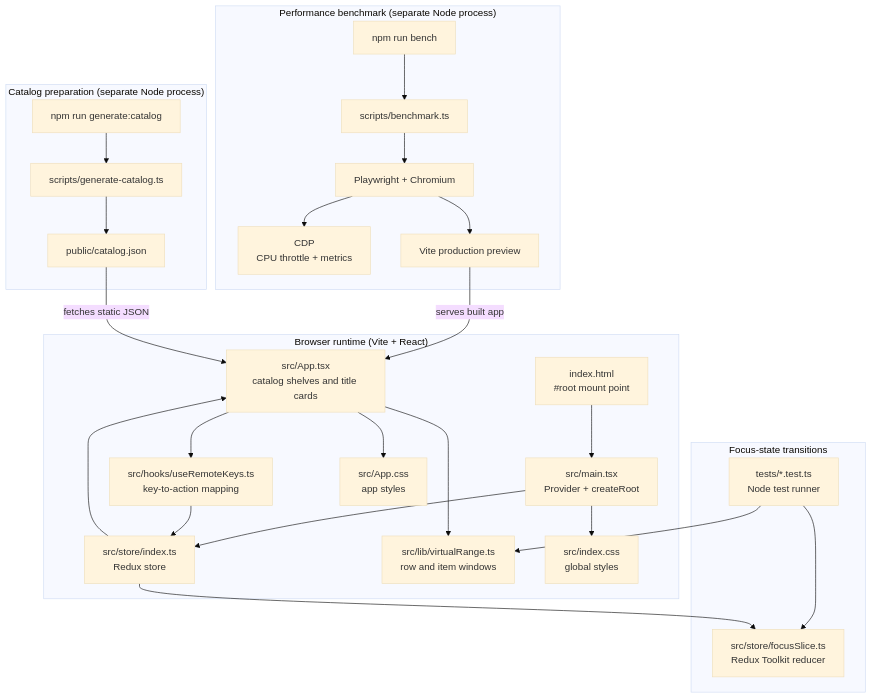
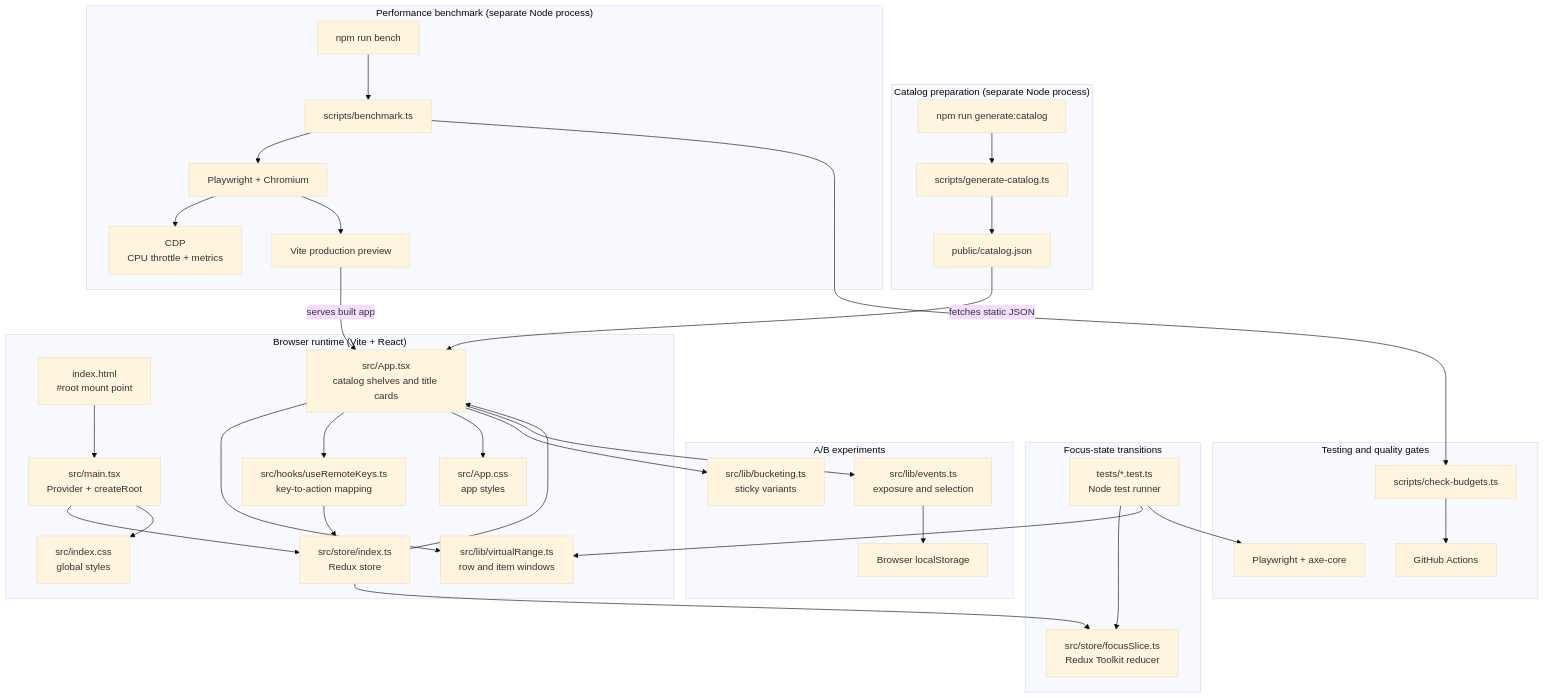
The diagram in docs/architecture.md (sumitjangid/TV-UI-Perf-Lab), drawn with Mermaid (base theme) before and after one commit. The commit also changed other lines of this file and 9 other files, not shown here.

````diff
--- a/docs/architecture.md
+++ b/docs/architecture.md
@@ -16,34 +16,46 @@
 ```mermaid
 flowchart TB
   subgraph catalog["Catalog preparation (separate Node process)"]
     command["npm run generate:catalog"] --> generator["scripts/generate-catalog.ts"]
     generator --> data["public/catalog.json"]
   end
 
   subgraph browser["Browser runtime (Vite + React)"]
     html["index.html<br/>#root mount point"] --> entry["src/main.tsx<br/>Provider + createRoot"]
     entry --> store["src/store/index.ts<br/>Redux store"]
     store --> app["src/App.tsx<br/>catalog shelves and title cards"]
     app --> ranges["src/lib/virtualRange.ts<br/>row and item windows"]
     app --> keys["src/hooks/useRemoteKeys.ts<br/>key-to-action mapping"]
     keys --> store
     entry --> globalStyles["src/index.css<br/>global styles"]
     app --> appStyles["src/App.css<br/>app styles"]
   end
 
   subgraph focusModel["Focus-state transitions"]
     tests["tests/*.test.ts<br/>Node test runner"] --> reducer["src/store/focusSlice.ts<br/>Redux Toolkit reducer"]
     tests --> ranges
     store --> reducer
   end
 
   subgraph benchmark["Performance benchmark (separate Node process)"]
     benchCommand["npm run bench"] --> benchScript["scripts/benchmark.ts"]
     benchScript --> playwright["Playwright + Chromium"]
     playwright --> cdp["CDP<br/>CPU throttle + metrics"]
     playwright --> preview["Vite production preview"]
   end
 
+  subgraph experiments["A/B experiments"]
+    app --> bucketing["src/lib/bucketing.ts<br/>sticky variants"]
+    app --> events["src/lib/events.ts<br/>exposure and selection"]
+    events --> localStorage["Browser localStorage"]
+  end
+
+  subgraph quality["Testing and quality gates"]
+    tests --> axe["Playwright + axe-core"]
+    benchScript --> budget["scripts/check-budgets.ts"]
+    budget --> ci["GitHub Actions"]
+  end
+
   preview -->|"serves built app"| app
   data -->|"fetches static JSON"| app
 ```
````
